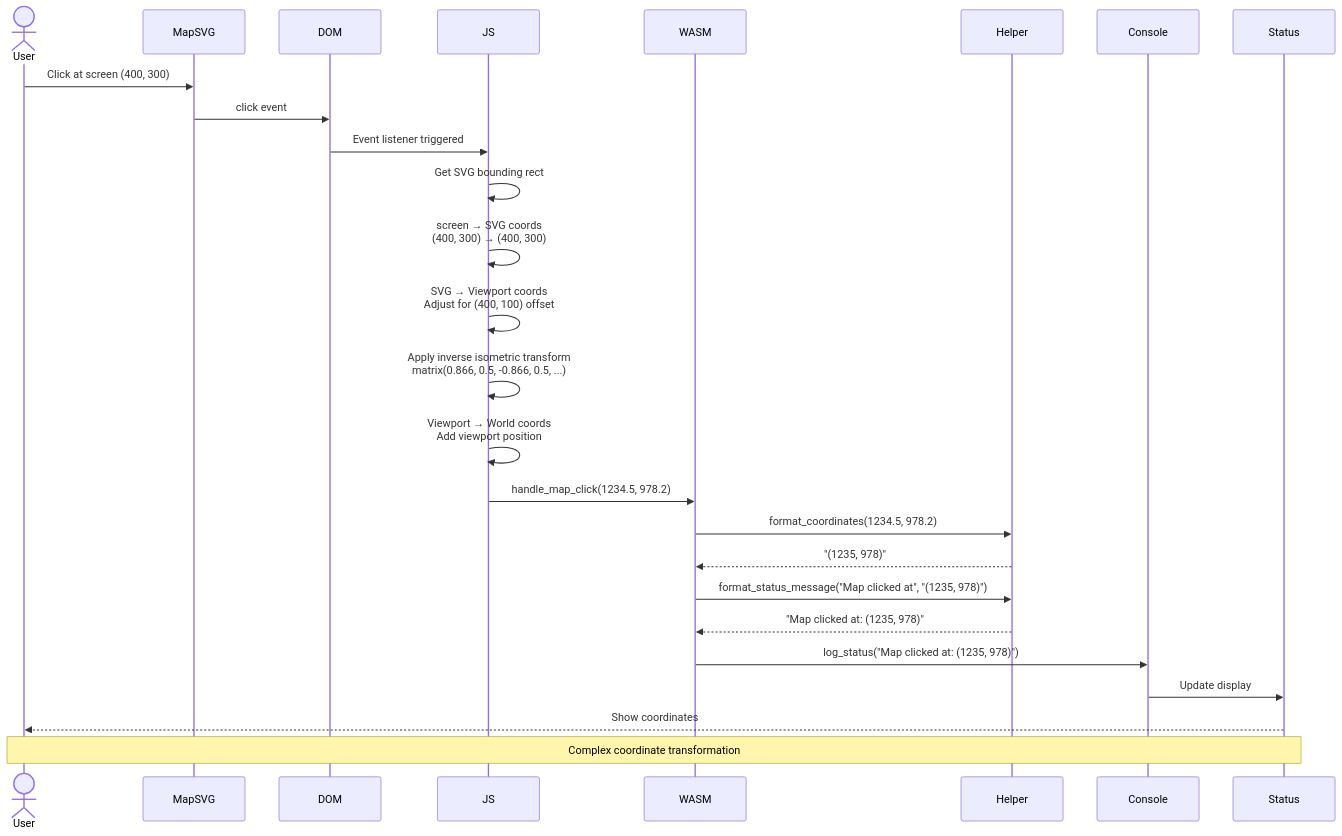
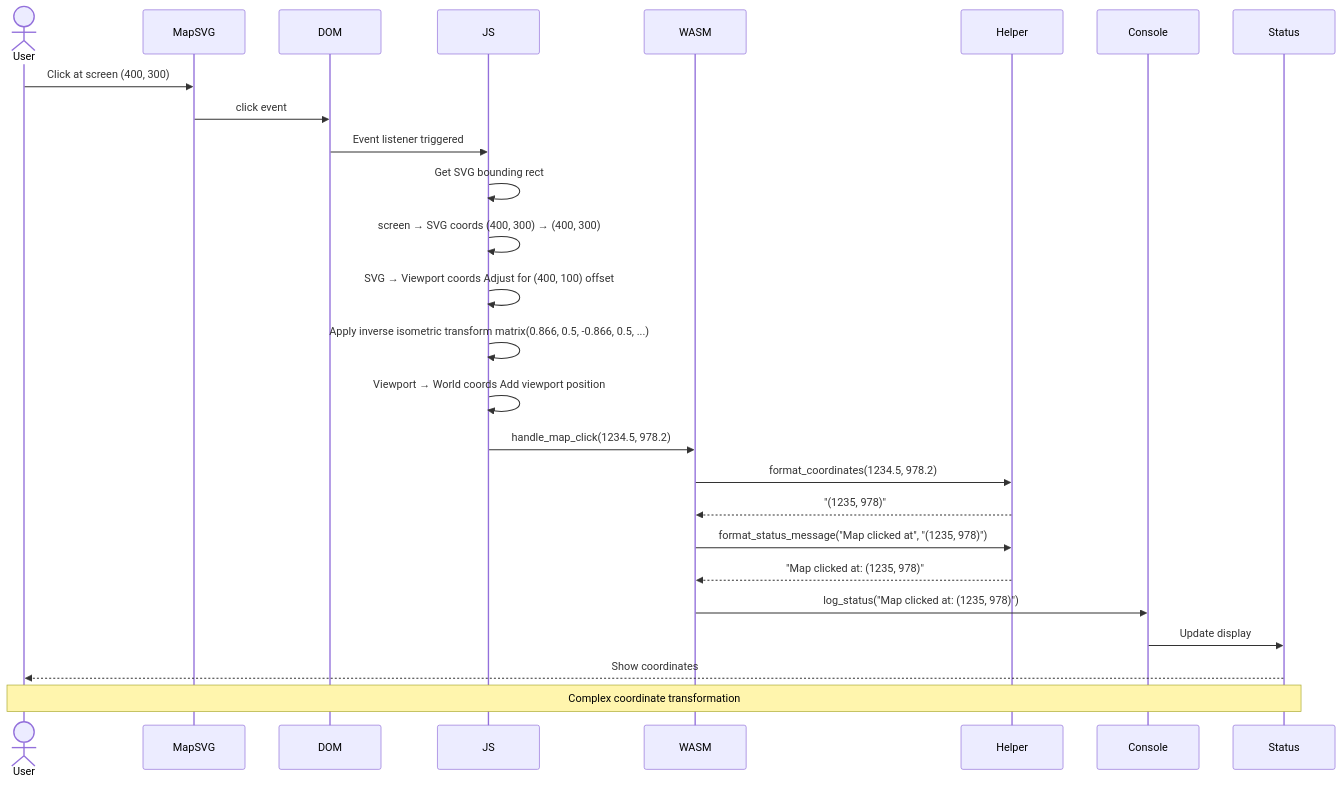
Before and after one commit to softwarewrighter/rts_mock: the sixth of 13 diagrams in wiki/Interaction-Flows.md, drawn with Mermaid. The commit also changed other lines of this file and 5 other files, not shown here.

First line of the commit message:
Fix wiki Mermaid diagrams: remove <br/> tags

````diff
--- a/wiki/Interaction-Flows.md
+++ b/wiki/Interaction-Flows.md
@@ -141,30 +141,30 @@
 ```mermaid
 sequenceDiagram
     actor User
     participant MapSVG
     participant DOM
     participant JS
     participant WASM
     participant Helper
     participant Console
     participant Status
 
     User->>MapSVG: Click at screen (400, 300)
     MapSVG->>DOM: click event
     DOM->>JS: Event listener triggered
     JS->>JS: Get SVG bounding rect
-    JS->>JS: screen → SVG coords<br/>(400, 300) → (400, 300)
-    JS->>JS: SVG → Viewport coords<br/>Adjust for (400, 100) offset
-    JS->>JS: Apply inverse isometric transform<br/>matrix(0.866, 0.5, -0.866, 0.5, ...)
-    JS->>JS: Viewport → World coords<br/>Add viewport position
+    JS->>JS: screen → SVG coords (400, 300) → (400, 300)
+    JS->>JS: SVG → Viewport coords Adjust for (400, 100) offset
+    JS->>JS: Apply inverse isometric transform matrix(0.866, 0.5, -0.866, 0.5, ...)
+    JS->>JS: Viewport → World coords Add viewport position
     JS->>WASM: handle_map_click(1234.5, 978.2)
     WASM->>Helper: format_coordinates(1234.5, 978.2)
     Helper-->>WASM: "(1235, 978)"
     WASM->>Helper: format_status_message("Map clicked at", "(1235, 978)")
     Helper-->>WASM: "Map clicked at: (1235, 978)"
     WASM->>Console: log_status("Map clicked at: (1235, 978)")
     Console->>Status: Update display
     Status-->>User: Show coordinates
 
     Note over User,Status: Complex coordinate transformation
 ```
````
